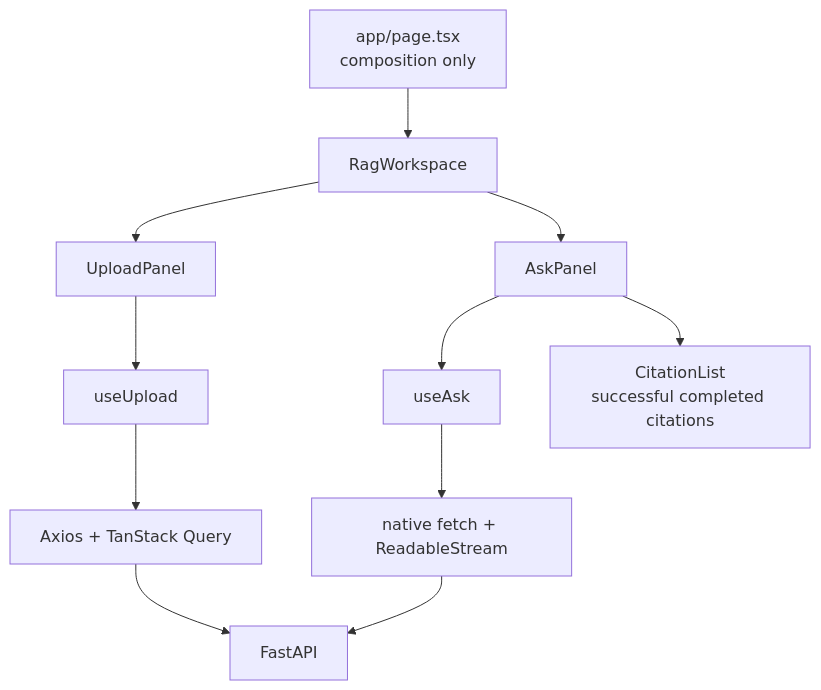
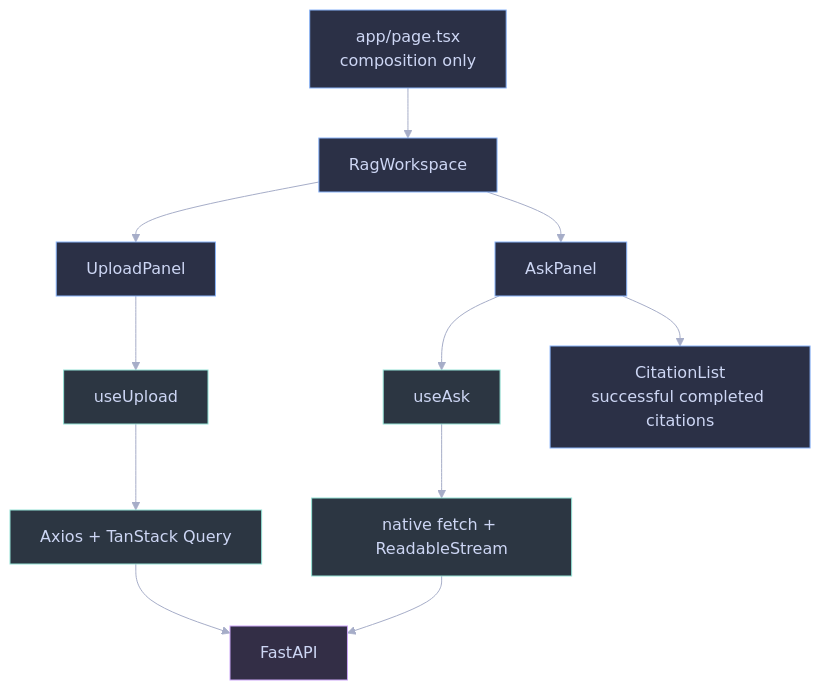
One commit to RyxnDmello/atlas changed the third of 5 diagrams in client/AGENTS.md. Above: the diagram before and after it, drawn with Mermaid. The commit also changed other lines of this file and 46 other files, not shown here.

````diff
--- a/client/AGENTS.md
+++ b/client/AGENTS.md
@@ -235,13 +272,24 @@
 ```mermaid
+%%{init: {'theme': 'base', 'themeVariables': {'background': '#1e1e2e', 'primaryColor': '#45475a', 'primaryTextColor': '#cdd6f4', 'primaryBorderColor': '#89b4fa', 'lineColor': '#a6adc8', 'secondaryColor': '#313244', 'tertiaryColor': '#181825', 'fontFamily': 'Inter, sans-serif'}}}%%
 flowchart TD
     Page["app/page.tsx<br/>composition only"] --> Rag["RagWorkspace"]
     Rag --> UploadPanel["UploadPanel"]
     Rag --> AskPanel["AskPanel"]
     UploadPanel --> UploadHook["useUpload"]
     AskPanel --> AskHook["useAsk"]
     AskPanel --> Sources["CitationList<br/>successful completed citations"]
     UploadHook --> Axios["Axios + TanStack Query"]
     AskHook --> Fetch["native fetch + ReadableStream"]
     Axios --> API["FastAPI"]
     Fetch --> API
+    class Page,Rag,UploadPanel,AskPanel,Sources client;
+    class UploadHook,AskHook,Axios,Fetch service;
+    class API storage;
+    classDef client fill:#2b3046,stroke:#89b4fa,stroke-width:1px,color:#cdd6f4;
+    classDef service fill:#2c3642,stroke:#94e2d5,stroke-width:1px,color:#cdd6f4;
+    classDef storage fill:#332e46,stroke:#cba6f7,stroke-width:1px,color:#cdd6f4;
+    classDef verified fill:#2e363c,stroke:#a6e3a1,stroke-width:1px,color:#cdd6f4;
+    classDef planned fill:#30323f,stroke:#b4befe,stroke-width:1px,color:#cdd6f4;
+    classDef caution fill:#38362e,stroke:#f9e2af,stroke-width:1px,color:#cdd6f4;
+    classDef denied fill:#39303d,stroke:#f38ba8,stroke-width:1px,color:#cdd6f4;
 ```
````
